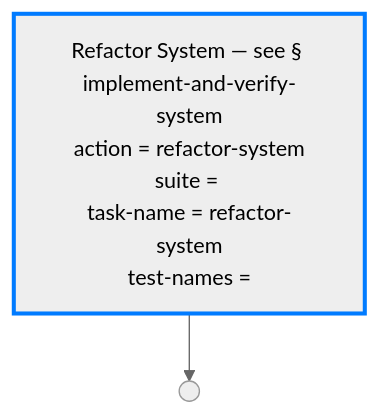
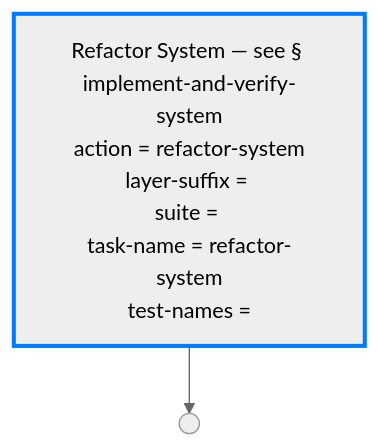
Before and after one commit to optivem/gh-optivem: the tenth of 51 diagrams in docs/process-diagram.md, drawn with Mermaid (neutral theme). The commit also changed other lines of this file and 9 other files, not shown here.

Commit message:
atdd: regenerate process-flow diagram

````diff
--- a/docs/process-diagram.md
+++ b/docs/process-diagram.md
@@ -221,10 +221,10 @@
 ```mermaid
 flowchart TD
-    IMPLEMENT_AND_VERIFY_SYSTEM["Refactor System — see § implement-and-verify-system<br/>action = refactor-system<br/>suite = <br/>task-name = refactor-system<br/>test-names = "]
+    IMPLEMENT_AND_VERIFY_SYSTEM["Refactor System — see § implement-and-verify-system<br/>action = refactor-system<br/>layer-suffix = <br/>suite = <br/>task-name = refactor-system<br/>test-names = "]
     REFACTOR_SYSTEM_STRUCTURE_END(( ))
 
     IMPLEMENT_AND_VERIFY_SYSTEM --> REFACTOR_SYSTEM_STRUCTURE_END
 
     classDef tddRefactorNode stroke:#007bff,stroke-width:3px
     class IMPLEMENT_AND_VERIFY_SYSTEM tddRefactorNode
 ```
````
